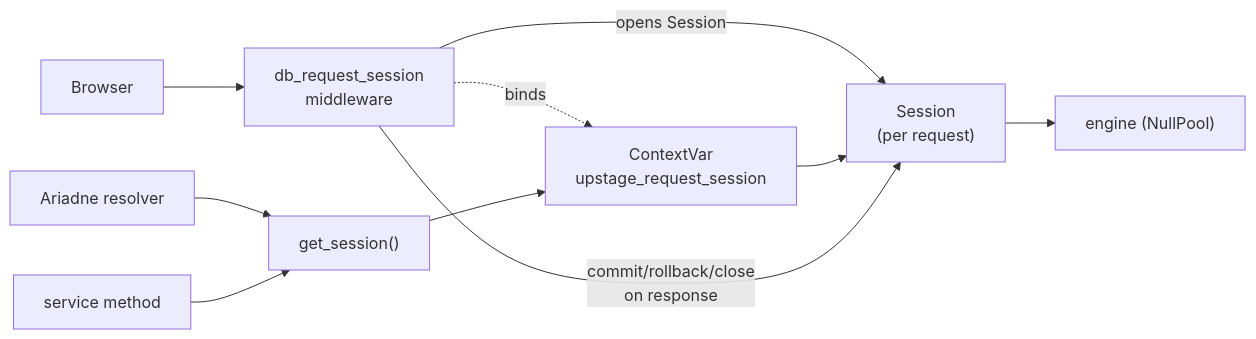
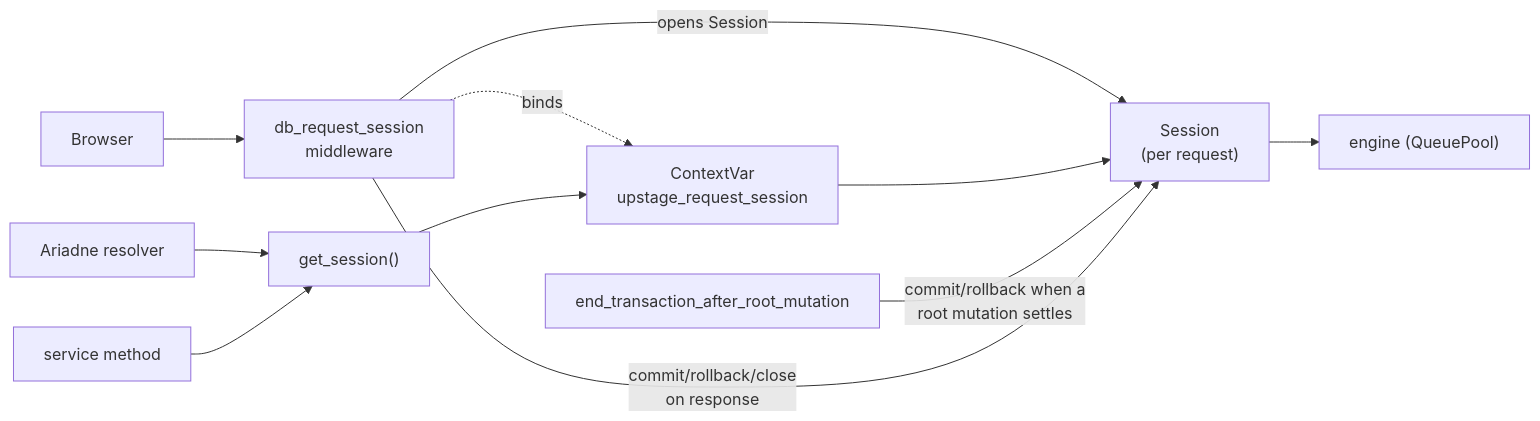
One commit to upstage-org/upstage_backend changed the third of 4 diagrams in DEVELOPER_GUIDE.md. Above: the diagram before and after it, drawn with Mermaid. The commit also changed other lines of this file and 86 other files, not shown here.

````diff
--- a/DEVELOPER_GUIDE.md
+++ b/DEVELOPER_GUIDE.md
@@ -528,12 +344,13 @@
 ```mermaid
 flowchart LR
   C["Browser"] --> MW["db_request_session<br/>middleware"]
   MW -->|"opens Session"| S["Session<br/>(per request)"]
   MW -.->|"binds"| CV["ContextVar<br/>upstage_request_session"]
   GQL["Ariadne resolver"] --> GS["get_session()"]
   GS --> CV
   CV --> S
   Svc["service method"] --> GS
-  S --> Eng["engine (NullPool)"]
+  S --> Eng["engine (QueuePool)"]
+  GQLMW["end_transaction_after_root_mutation"] -->|"commit/rollback when a<br/>root mutation settles"| S
   MW -->|"commit/rollback/close<br/>on response"| S
 ```
````
